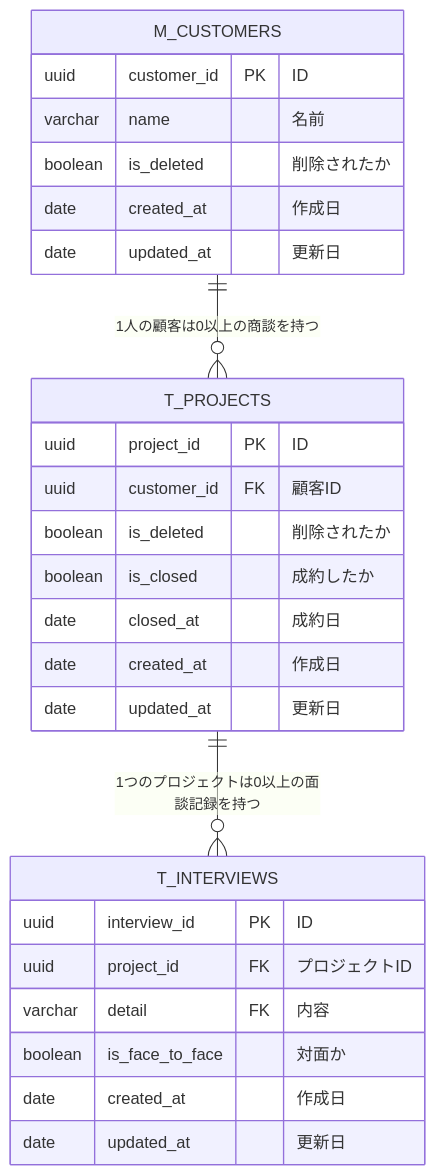
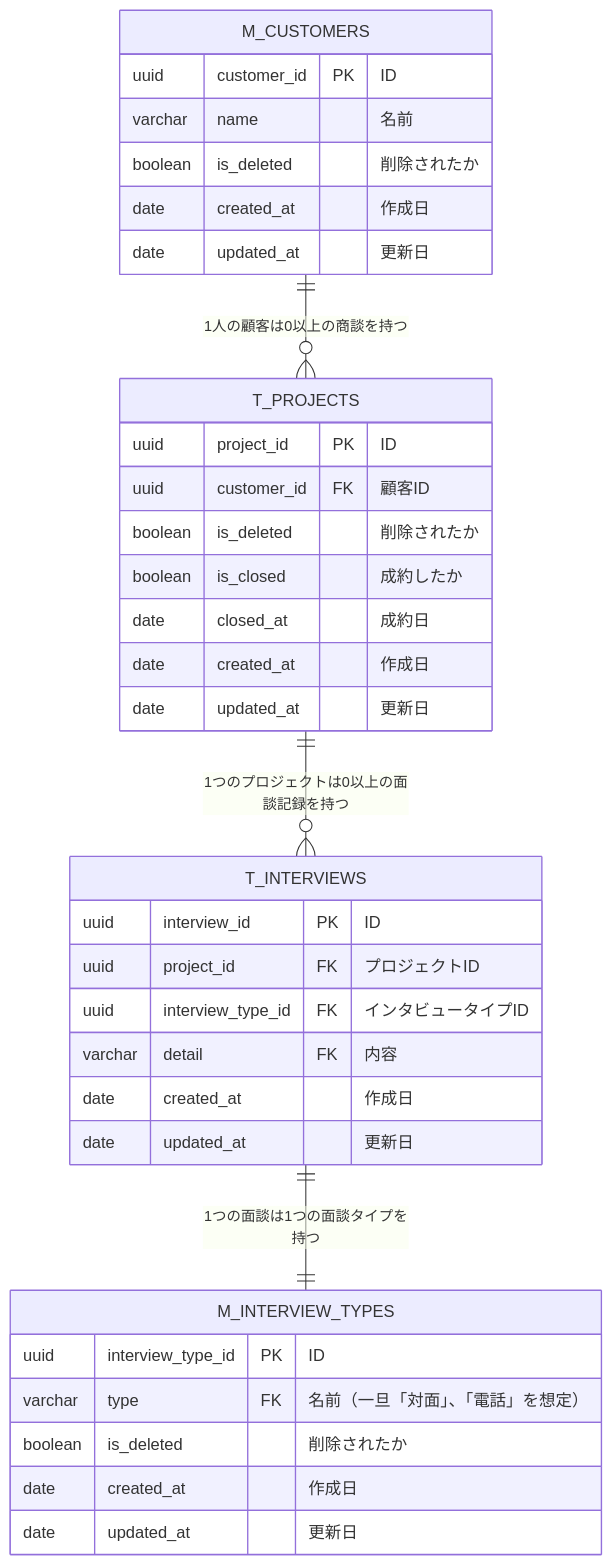
One commit to praha-inc/praha-challenge-7 changed the diagram in F0yWy8HaLlWoST/01_データベース設計/10_データベース設計のアンチパターンを学ぶ5/kadai.md. Above: the diagram before and after it, drawn with Mermaid.

Commit message:
fix: add interview type

````diff
--- a/F0yWy8HaLlWoST/01_データベース設計/10_データベース設計のアンチパターンを学ぶ5/kadai.md
+++ b/F0yWy8HaLlWoST/01_データベース設計/10_データベース設計のアンチパターンを学ぶ5/kadai.md
@@ -8,33 +8,42 @@
 ```mermaid
 erDiagram
 
   M_CUSTOMERS {
     uuid customer_id PK "ID"
     varchar name "<Not null> 名前"
     boolean is_deleted "<Not null> 削除されたか"
     date created_at "<Not null> 作成日"
     date updated_at "更新日"
   }
 
   T_PROJECTS {
     uuid project_id PK "ID"
     uuid customer_id FK "<Not null> 顧客ID"
     boolean is_deleted "<Not null> 削除されたか"
     boolean is_closed "<Not null> 成約したか"
     date closed_at "<Not null> 成約日"
     date created_at "<Not null> 作成日"
     date updated_at "更新日"
   }
 
   T_INTERVIEWS {
     uuid interview_id PK "ID"
     uuid project_id FK "プロジェクトID"
+    uuid interview_type_id FK "インタビュータイプID"
     varchar detail FK "内容"
-    boolean is_face_to_face "<Not null> 対面か"
+    date created_at "<Not null> 作成日"
+    date updated_at "更新日"
+  }
+
+  M_INTERVIEW_TYPES {
+    uuid interview_type_id PK "ID"
+    varchar type FK "名前（一旦「対面」、「電話」を想定）"
+    boolean is_deleted "<Not null> 削除されたか"
     date created_at "<Not null> 作成日"
     date updated_at "更新日"
   }
 
   M_CUSTOMERS ||--o{ T_PROJECTS: "1人の顧客は0以上の商談を持つ"
   T_PROJECTS ||--o{ T_INTERVIEWS: "1つのプロジェクトは0以上の面談記録を持つ"
+  T_INTERVIEWS ||--|| M_INTERVIEW_TYPES: "1つの面談は1つの面談タイプを持つ"
 ```
````
